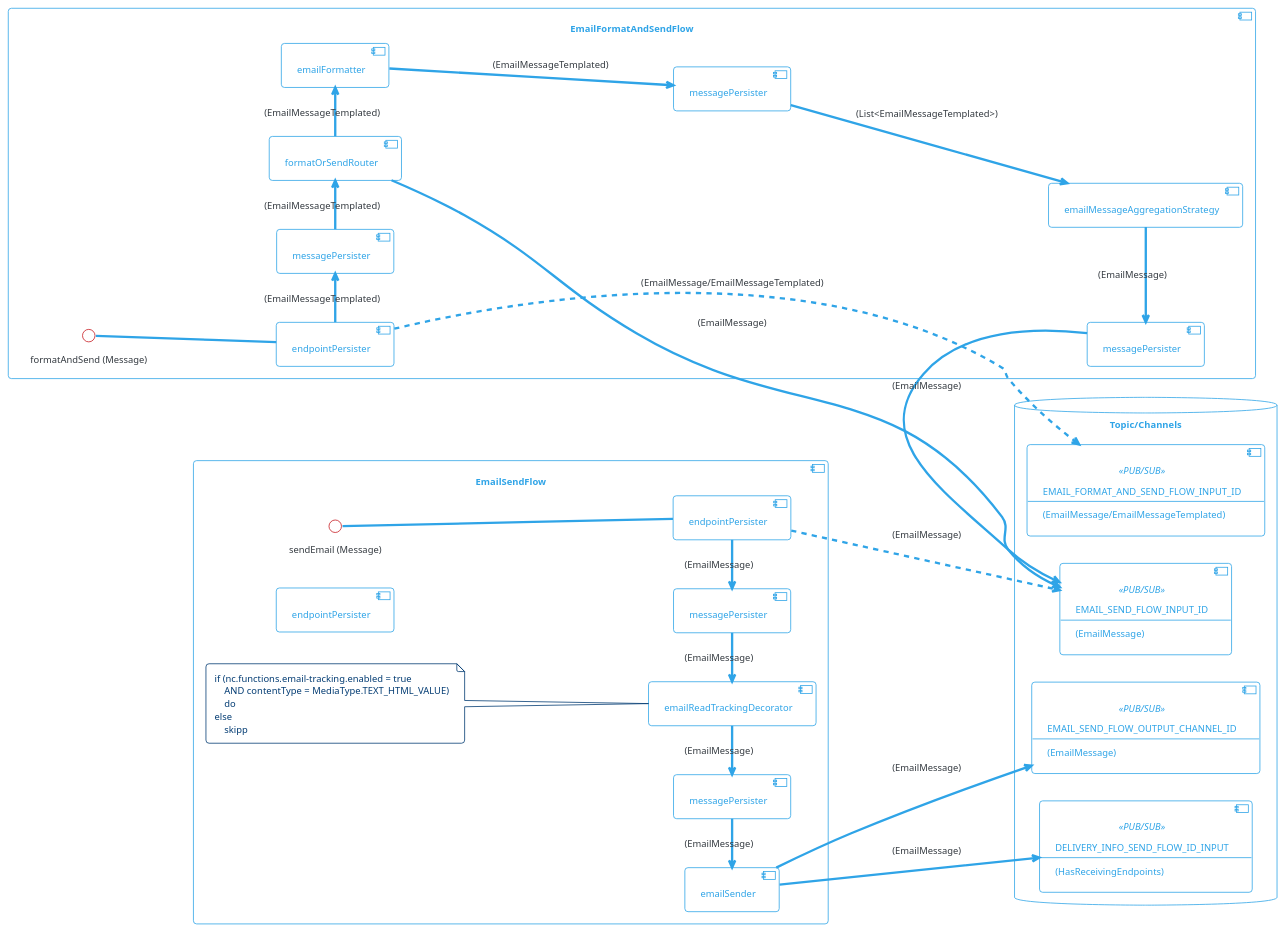
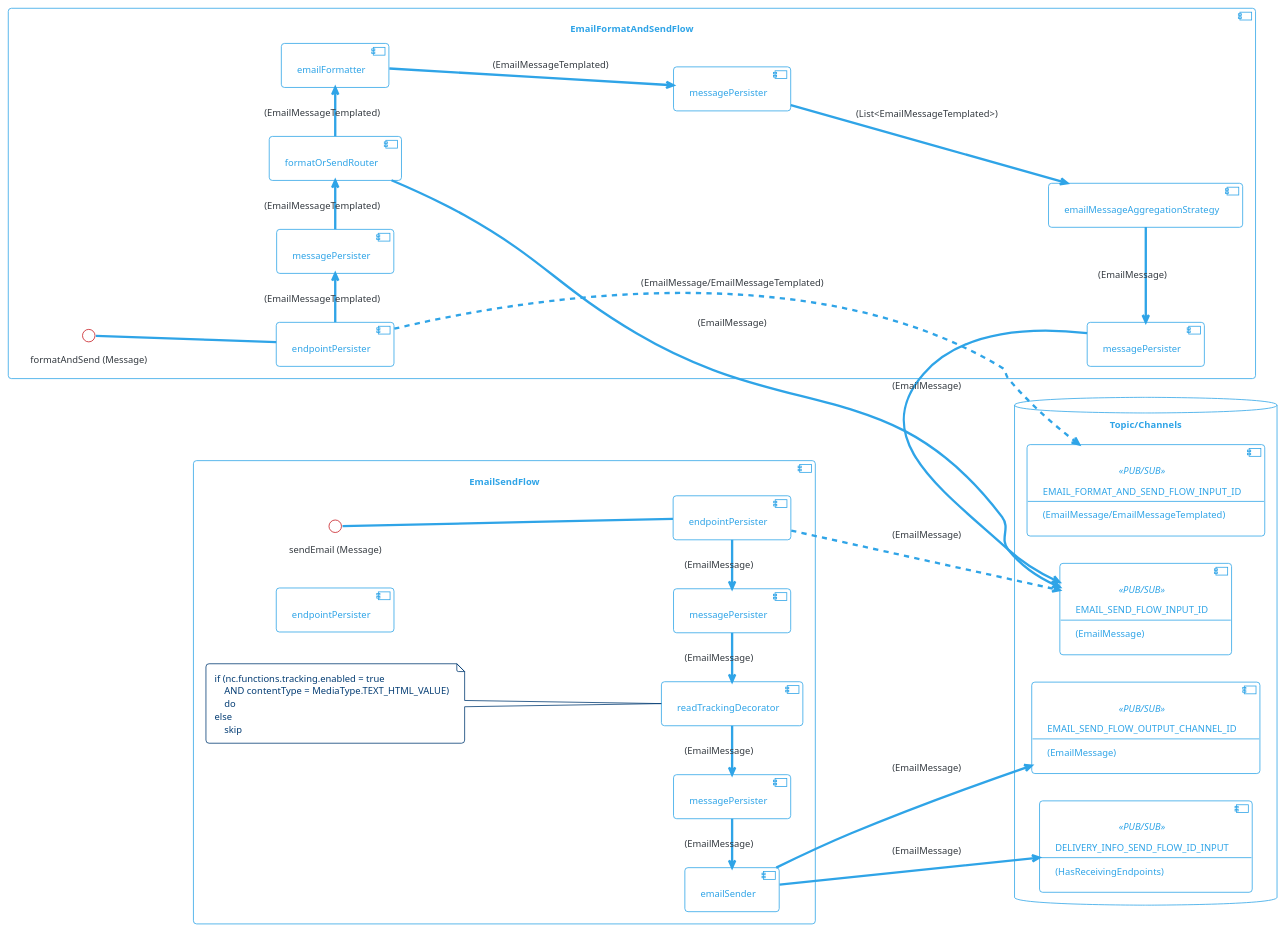
Before and after one commit to com-obj/notiflow: the diagram in docs/diagrams/src/email-processing-flow.puml, drawn with PlantUML. The commit also changed 12 other files, not shown here.

Commit message:
generalize read tracking decorator to support mailchimp

```diff
--- a/docs/diagrams/src/email-processing-flow.puml
+++ b/docs/diagrams/src/email-processing-flow.puml
@@ -1,117 +1,115 @@
 @startuml
 
 !theme cerulean-outline
 
 left to right direction
 
 skinparam backgroundcolor White
 skinparam component {
     backgroundColor<<user defined>> LightGray
 }
 /'
 database "PostgreSQL" {
     [nc_message]
     [nc_endpoint]
 }
 '/
 
 database "Topic/Channels" {
     component EMAIL_FORMAT_AND_SEND_FLOW_INPUT_ID<<PUB/SUB>>[
         EMAIL_FORMAT_AND_SEND_FLOW_INPUT_ID
         --
         (EmailMessage/EmailMessageTemplated)
     ]
 
     component EMAIL_SEND_FLOW_INPUT_ID<<PUB/SUB>>[
         EMAIL_SEND_FLOW_INPUT_ID
         --
         (EmailMessage)
     ]
 
     component EMAIL_SEND_FLOW_OUTPUT_CHANNEL_ID<<PUB/SUB>>[
         EMAIL_SEND_FLOW_OUTPUT_CHANNEL_ID
         --
         (EmailMessage)
     ]
 
     component DELIVERY_INFO_SEND_FLOW_ID_INPUT<<PUB/SUB>>  [
         DELIVERY_INFO_SEND_FLOW_ID_INPUT
         --
         (HasReceivingEndpoints)
     ]
 
 }
 
 component "EmailSendFlow" {
     [endpointPersister] as endpointPersister1
     [messagePersister] as messagePersister1
-    [emailReadTrackingDecorator]
+    [readTrackingDecorator]
     [endpointPersister] as endpointPersister2
     [messagePersister] as messagePersister2
     [emailSender]
 
     endpointPersister1 -l-> messagePersister1: (EmailMessage)
-    messagePersister1 -l-> emailReadTrackingDecorator: (EmailMessage)
-    emailReadTrackingDecorator -l-> messagePersister2: (EmailMessage)
+    messagePersister1 -l-> readTrackingDecorator: (EmailMessage)
+    readTrackingDecorator -l-> messagePersister2: (EmailMessage)
     messagePersister2 -l-> emailSender: (EmailMessage)
 
- '   messagePersister --> nc_message: (EmailMessage)
-'  endpointPersister --> nc_endpoint: (List<RecievingEndpoint>)
 
     endpointPersister1 ..> EMAIL_SEND_FLOW_INPUT_ID : (EmailMessage) 
     emailSender --> EMAIL_SEND_FLOW_OUTPUT_CHANNEL_ID : (EmailMessage) 
 
     emailSender --> DELIVERY_INFO_SEND_FLOW_ID_INPUT : (EmailMessage) 
 
-    note left of emailReadTrackingDecorator 
-        if (nc.functions.email-tracking.enabled = true 
+    note left of readTrackingDecorator 
+        if (nc.functions.tracking.enabled = true 
             AND contentType = MediaType.TEXT_HTML_VALUE)
             do
         else
-            skipp        
+            skip       
     end note  
 
     
     interface "sendEmail (Message)" as sendEmail        
         endpointPersister1 -u- sendEmail
 }
 
 
 
 component "EmailFormatAndSendFlow" {
     [endpointPersister] as endpointPersister3
     [messagePersister] as messagePersister3
     [formatOrSendRouter]
     [emailFormatter]
     [messagePersister] as messagePersister4
     [emailMessageAggregationStrategy]
     [messagePersister] as messagePersister5
 
 
     emailFormatter --> messagePersister4: (EmailMessageTemplated)
     messagePersister4 --> emailMessageAggregationStrategy: (List<EmailMessageTemplated>)
 
     endpointPersister3 .> EMAIL_FORMAT_AND_SEND_FLOW_INPUT_ID : (EmailMessage/EmailMessageTemplated) 
 
 
 
     endpointPersister3 -> messagePersister3 : (EmailMessageTemplated)
     messagePersister3 -> formatOrSendRouter : (EmailMessageTemplated)
     formatOrSendRouter -> emailFormatter : (EmailMessageTemplated)
     formatOrSendRouter -> EMAIL_SEND_FLOW_INPUT_ID : (EmailMessage)
 
     emailMessageAggregationStrategy -l-> messagePersister5 : (EmailMessage) 
     messagePersister5 -> EMAIL_SEND_FLOW_INPUT_ID : (EmailMessage) 
 
     interface "formatAndSend (Message)" as formatAndSend        
         endpointPersister3 -u- formatAndSend
         
 }
 
 
 
 
 
 
 
 @enduml
```
